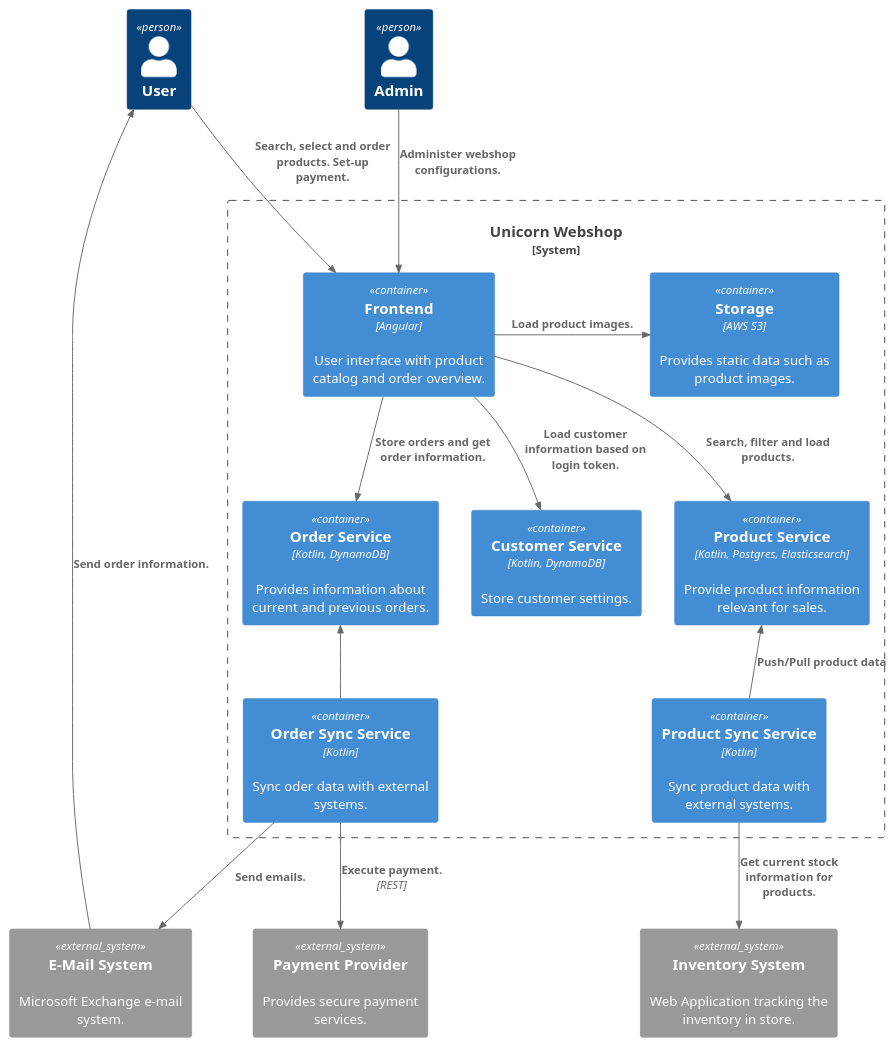
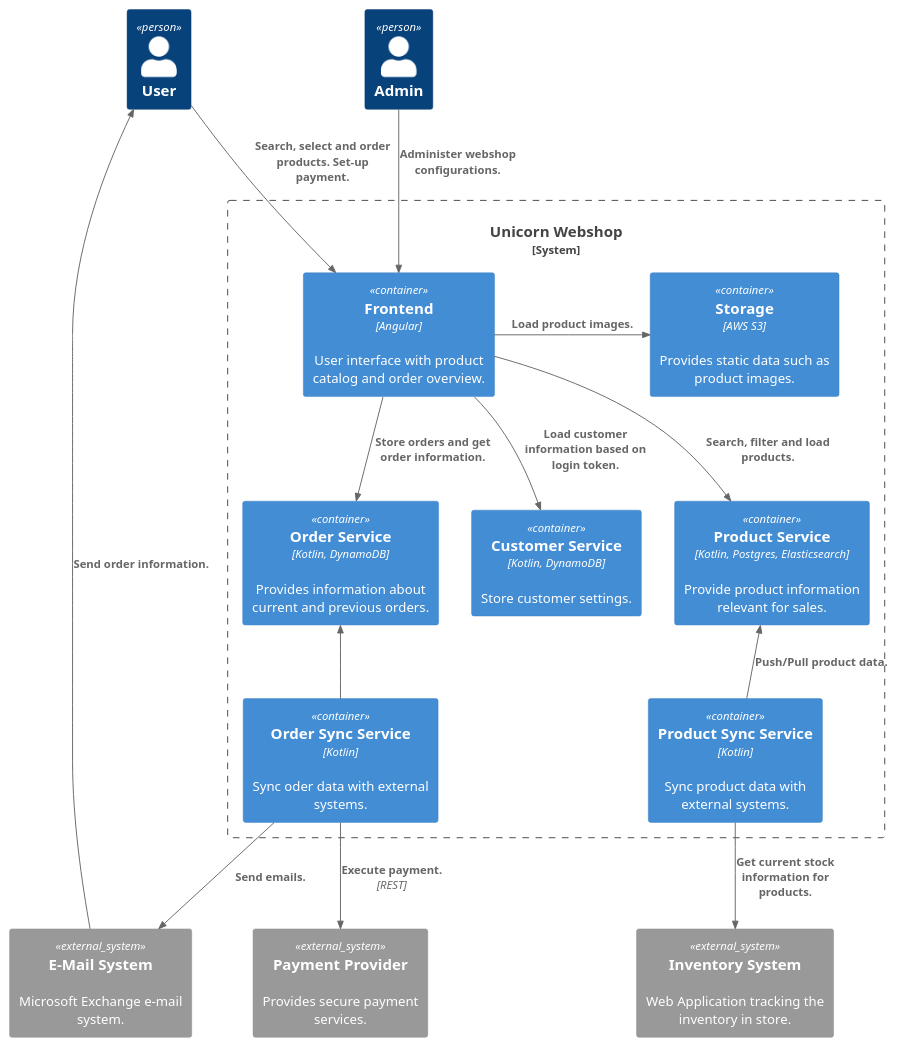
Before and after one commit to iris-hunkeler/architecture-documentation: the diagram in C4/c4-2-container-microservices.puml, drawn with PlantUML.

Commit message:
test action

```diff
--- a/C4/c4-2-container-microservices.puml
+++ b/C4/c4-2-container-microservices.puml
@@ -1,41 +1,41 @@
 @startuml c4-2-container-microservices
 !include <C4/C4_Container>
 
 Person(admin, "Admin")
 Person(user, "User")
 
 System_Boundary(system, "Unicorn Webshop") {
 
     Container(frontend, "Frontend", "Angular", "User interface with product catalog and order overview.")
 
     Container(storage, "Storage", "AWS S3", "Provides static data such as product images.")
 
     Container(product, "Product Service", "Kotlin, Postgres, Elasticsearch", "Provide product information relevant for sales.")
     Container(product_sync, "Product Sync Service", "Kotlin", "Sync product data with external systems.")
     Container(customer, "Customer Service", "Kotlin, DynamoDB", "Store customer settings.")
     Container(order, "Order Service", "Kotlin, DynamoDB", "Provides information about current and previous orders.")
     Container(order_sync, "Order Sync Service", "Kotlin", "Sync oder data with external systems.")
 }
 
 Rel_R(frontend, storage, "Load product images.")
 Rel(frontend, product, "Search, filter and load products.")
 Rel(frontend, order, "Store orders and get order information.")
 Rel(frontend, customer, "Load customer information based on login token.")
 
 Rel_U(order_sync, order, "")
-Rel_U(product_sync, product, "Push/Pull product data")
+Rel_U(product_sync, product, "Push/Pull product data.")
 
 System_Ext(inventory, "Inventory System", "Web Application tracking the inventory in store.")
 System_Ext(payment, "Payment Provider", "Provides secure payment services.")
 System_Ext(email, "E-Mail System", "Microsoft Exchange e-mail system.")
 
 Rel(user, frontend, "Search, select and order products. Set-up payment.")
 Rel(admin, frontend, "Administer webshop configurations.")
 
 Rel(product_sync, inventory, "Get current stock information for products.")
 Rel(order_sync, payment, "Execute payment.", "REST")
 Rel(order_sync, email, "Send emails.")
 
 Rel_U(email, user, "Send order information.")
 
 @enduml
```
